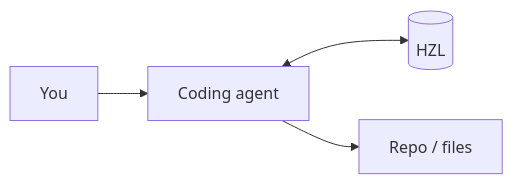
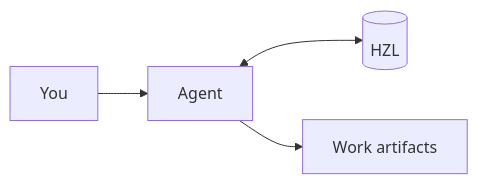
The third of 4 diagrams in docs-site/reference/architecture.md (tmchow/hzl), drawn with Mermaid before and after one commit. The commit also changed other lines of this file and 100 other files, not shown here.

````diff
--- a/docs-site/reference/architecture.md
+++ b/docs-site/reference/architecture.md
@@ -226,6 +225,6 @@
 ```mermaid
 flowchart LR
-  U[You] --> A["Coding agent"]
+  U[You] --> A["Agent"]
   A <--> HZL[(HZL)]
-  A --> R[Repo / files]
+  A --> W[Work artifacts]
 ```
````
